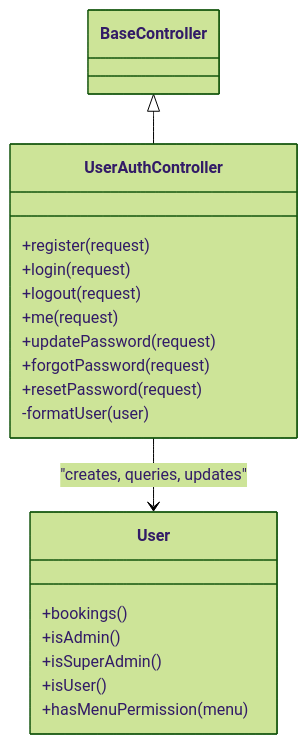
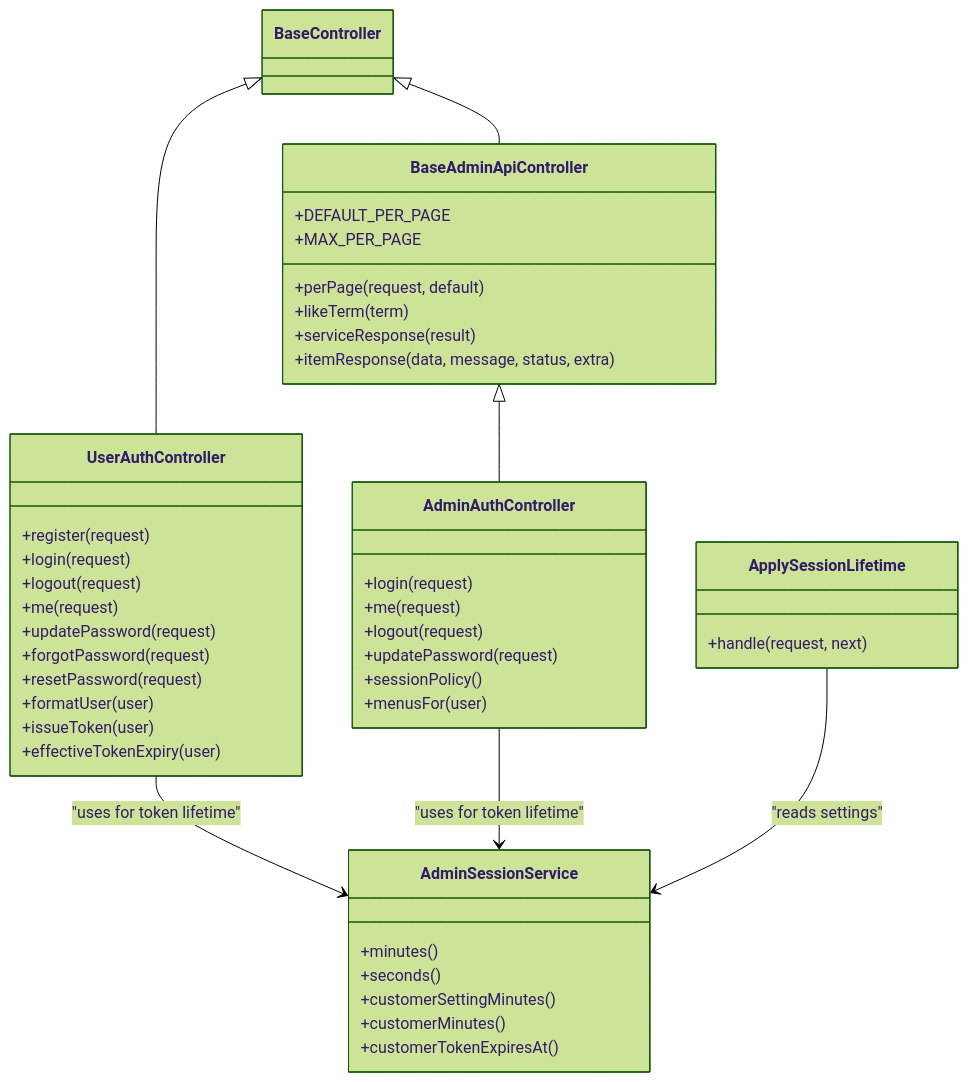
One commit to mahbub095/bus-app changed the fifth of 5 diagrams in .qoder/repowiki/en/content/Backend API/Authentication API.md. Above: the diagram before and after it, drawn with Mermaid (forest theme). The commit also changed other lines of this file and 460 other files, not shown here.

````diff
--- a/.qoder/repowiki/en/content/Backend API/Authentication API.md
+++ b/.qoder/repowiki/en/content/Backend API/Authentication API.md
@@ -374,23 +485,48 @@
 ```mermaid
 classDiagram
 class BaseController
+class BaseAdminApiController {
++DEFAULT_PER_PAGE
++MAX_PER_PAGE
++perPage(request, default)
++likeTerm(term)
++serviceResponse(result)
++itemResponse(data, message, status, extra)
+}
 class UserAuthController {
 +register(request)
 +login(request)
 +logout(request)
 +me(request)
 +updatePassword(request)
 +forgotPassword(request)
 +resetPassword(request)
--formatUser(user)
++formatUser(user)
++issueToken(user)
++effectiveTokenExpiry(user)
 }
-class User {
-+bookings()
-+isAdmin()
-+isSuperAdmin()
-+isUser()
-+hasMenuPermission(menu)
+class AdminAuthController {
++login(request)
++me(request)
++logout(request)
++updatePassword(request)
++sessionPolicy()
++menusFor(user)
+}
+class AdminSessionService {
++minutes()
++seconds()
++customerSettingMinutes()
++customerMinutes()
++customerTokenExpiresAt()
+}
+class ApplySessionLifetime {
++handle(request, next)
 }
 BaseController <|-- UserAuthController
-UserAuthController --> User : "creates, queries, updates"
+BaseController <|-- BaseAdminApiController
+BaseAdminApiController <|-- AdminAuthController
+UserAuthController --> AdminSessionService : "uses for token lifetime"
+AdminAuthController --> AdminSessionService : "uses for token lifetime"
+ApplySessionLifetime --> AdminSessionService : "reads settings"
 ```
````
